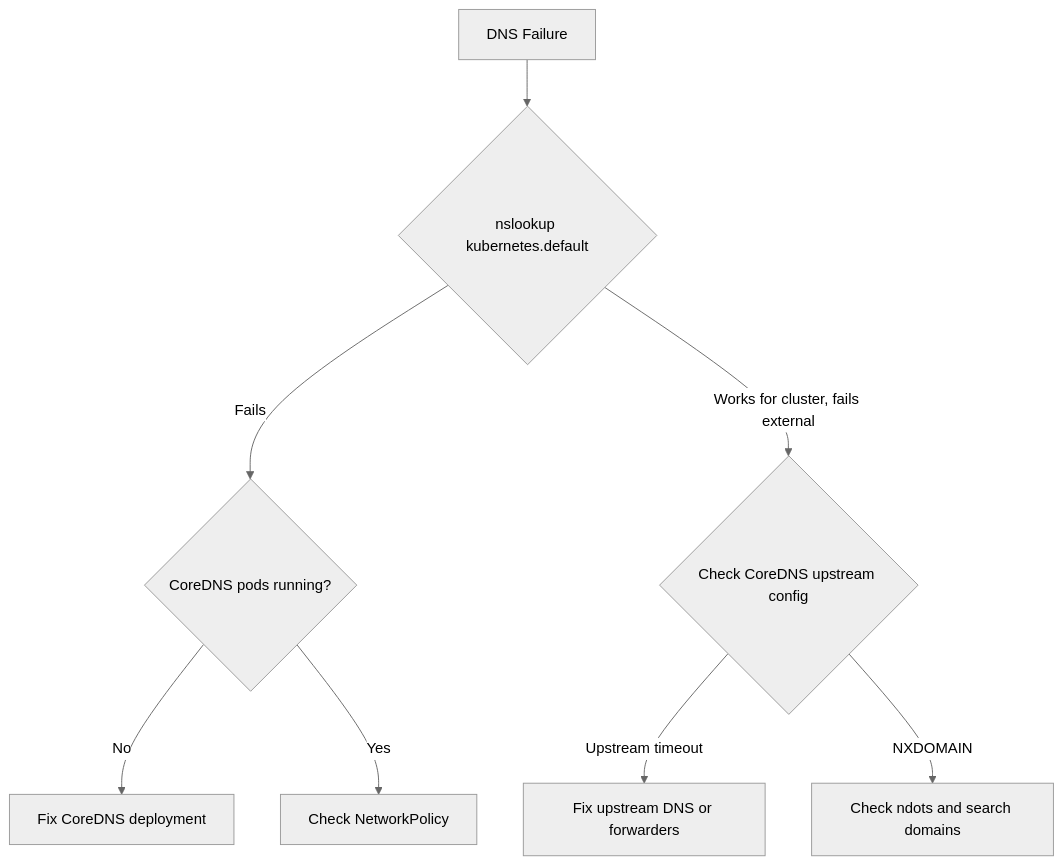
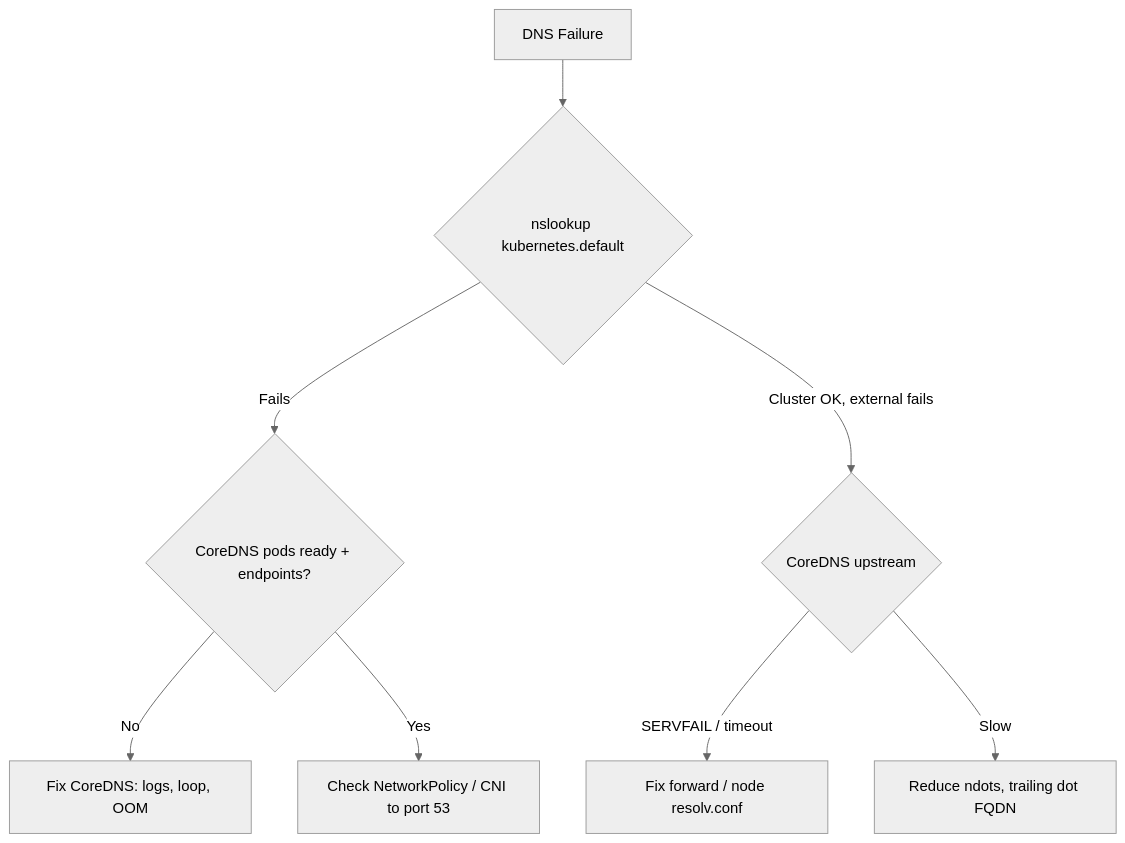
One commit to greg4fun/kubernetesrecipes.github.io changed the diagram in src/content/recipes/coredns-troubleshooting.md. Above: the diagram before and after it, drawn with Mermaid (neutral theme). The commit also changed other lines of this file and 537 other files, not shown here.

````diff
--- a/src/content/recipes/coredns-troubleshooting.md
+++ b/src/content/recipes/coredns-troubleshooting.md
@@ -112,10 +190,10 @@
 ```mermaid
 graph TD
     A[DNS Failure] --> B{nslookup kubernetes.default}
-    B -->|Fails| C{CoreDNS pods running?}
-    C -->|No| D[Fix CoreDNS deployment]
-    C -->|Yes| E[Check NetworkPolicy]
-    B -->|Works for cluster, fails external| F{Check CoreDNS upstream config}
-    F -->|Upstream timeout| G[Fix upstream DNS or forwarders]
-    F -->|NXDOMAIN| H[Check ndots and search domains]
+    B -->|Fails| C{CoreDNS pods ready + endpoints?}
+    C -->|No| D[Fix CoreDNS: logs, loop, OOM]
+    C -->|Yes| E[Check NetworkPolicy / CNI to port 53]
+    B -->|Cluster OK, external fails| F{CoreDNS upstream}
+    F -->|SERVFAIL / timeout| G[Fix forward / node resolv.conf]
+    F -->|Slow| H[Reduce ndots, trailing dot FQDN]
 ```
````
